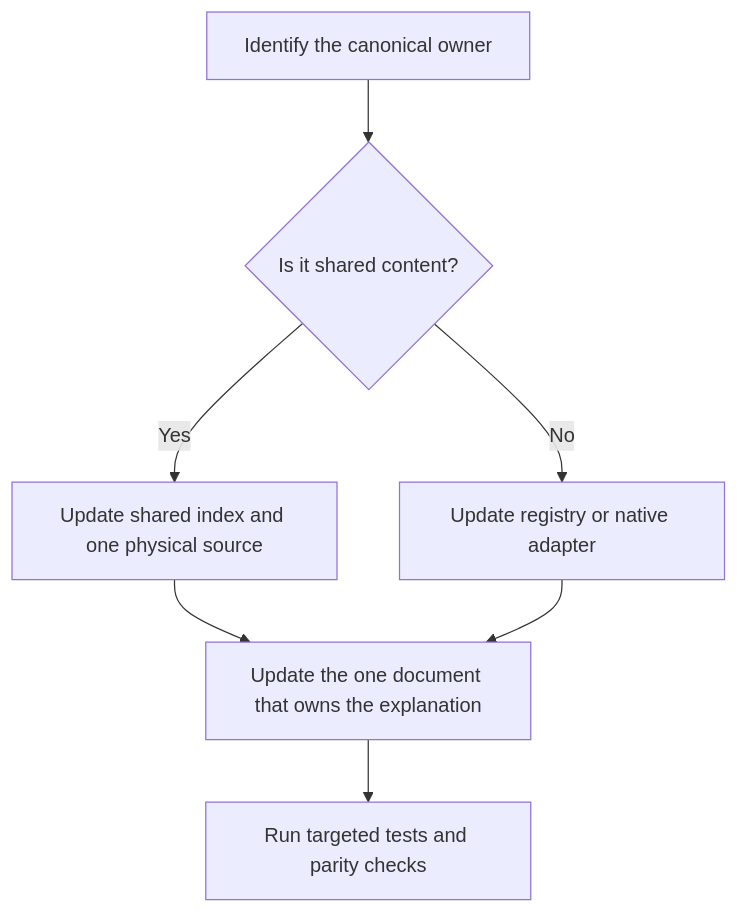
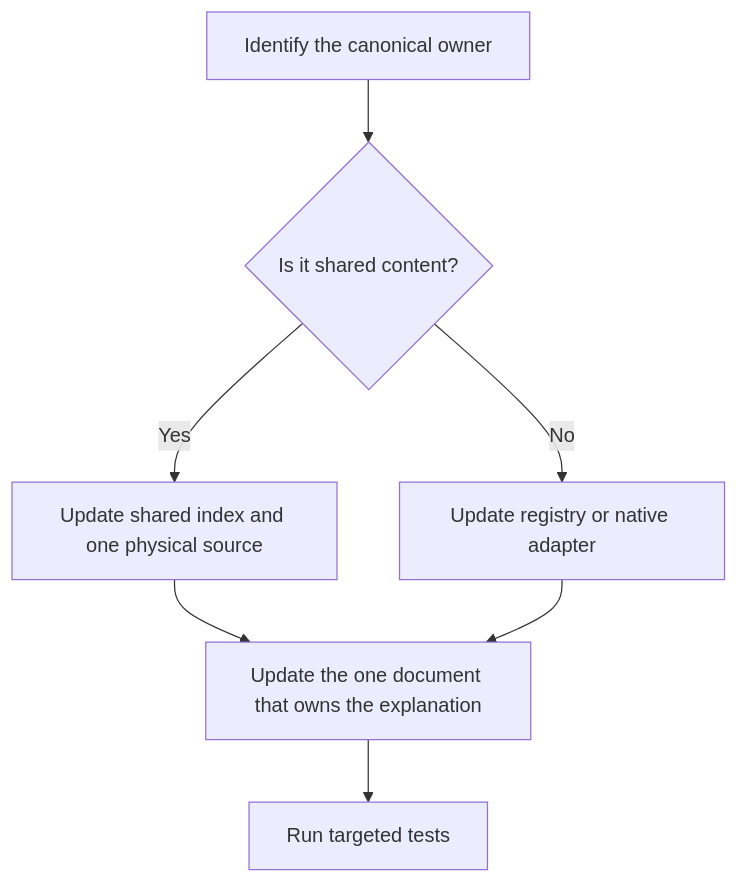
One commit to khoavu882/do-flow changed the third of 3 diagrams in docs/architecture.md. Above: the diagram before and after it, drawn with Mermaid. The commit also changed other lines of this file and 46 other files, not shown here.

````diff
--- a/docs/architecture.md
+++ b/docs/architecture.md
@@ -116,9 +117,9 @@
 ```mermaid
 flowchart TD
     A[Identify the canonical owner] --> B{Is it shared content?}
     B -->|Yes| C[Update shared index and one physical source]
     B -->|No| D[Update registry or native adapter]
     C --> E[Update the one document that owns the explanation]
     D --> E
-    E --> F[Run targeted tests and parity checks]
+    E --> F[Run targeted tests]
 ```
````
